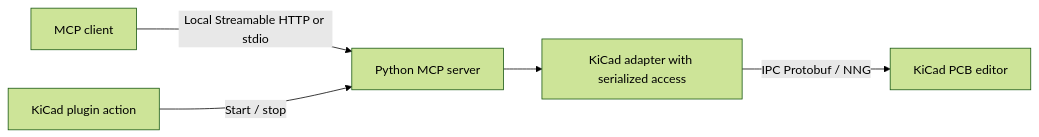
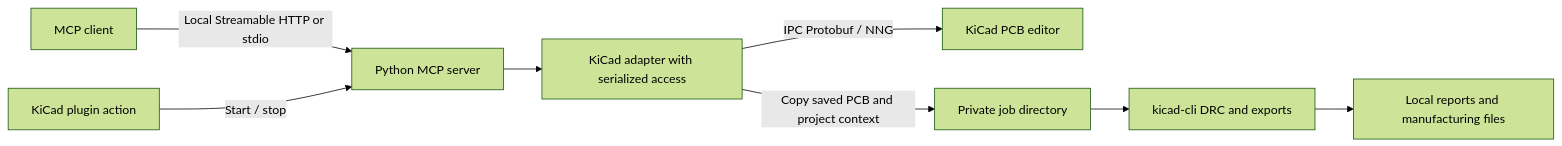
One commit to HackInvent/kicad-mcp changed the diagram in README.md. Above: the diagram before and after it, drawn with Mermaid (forest theme). The commit also changed other lines of this file and 16 other files, not shown here.

````diff
--- a/README.md
+++ b/README.md
@@ -238,7 +314,10 @@
 ```mermaid
 flowchart LR
     A[MCP client] -->|Local Streamable HTTP or stdio| B[Python MCP server]
     B --> C[KiCad adapter with serialized access]
     C -->|IPC Protobuf / NNG| D[KiCad PCB editor]
     P[KiCad plugin action] -->|Start / stop| B
+    C -->|Copy saved PCB and project context| S[Private job directory]
+    S --> K[kicad-cli DRC and exports]
+    K --> F[Local reports and manufacturing files]
 ```
````
